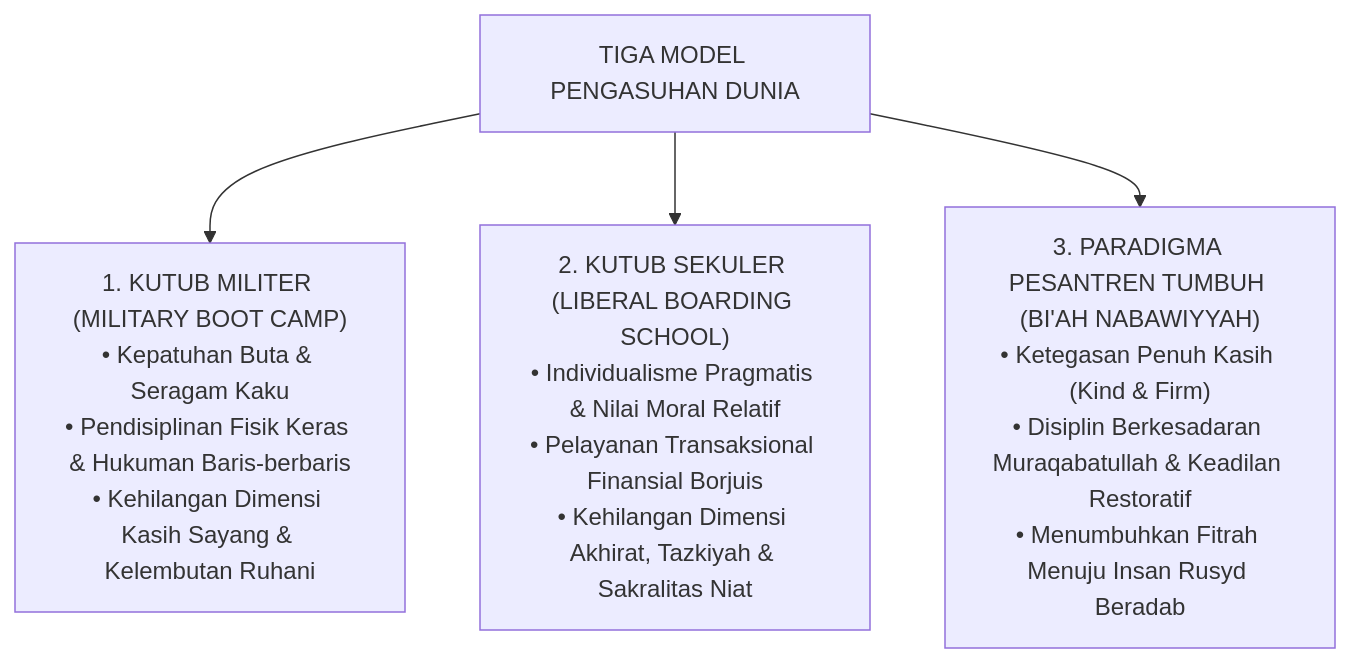
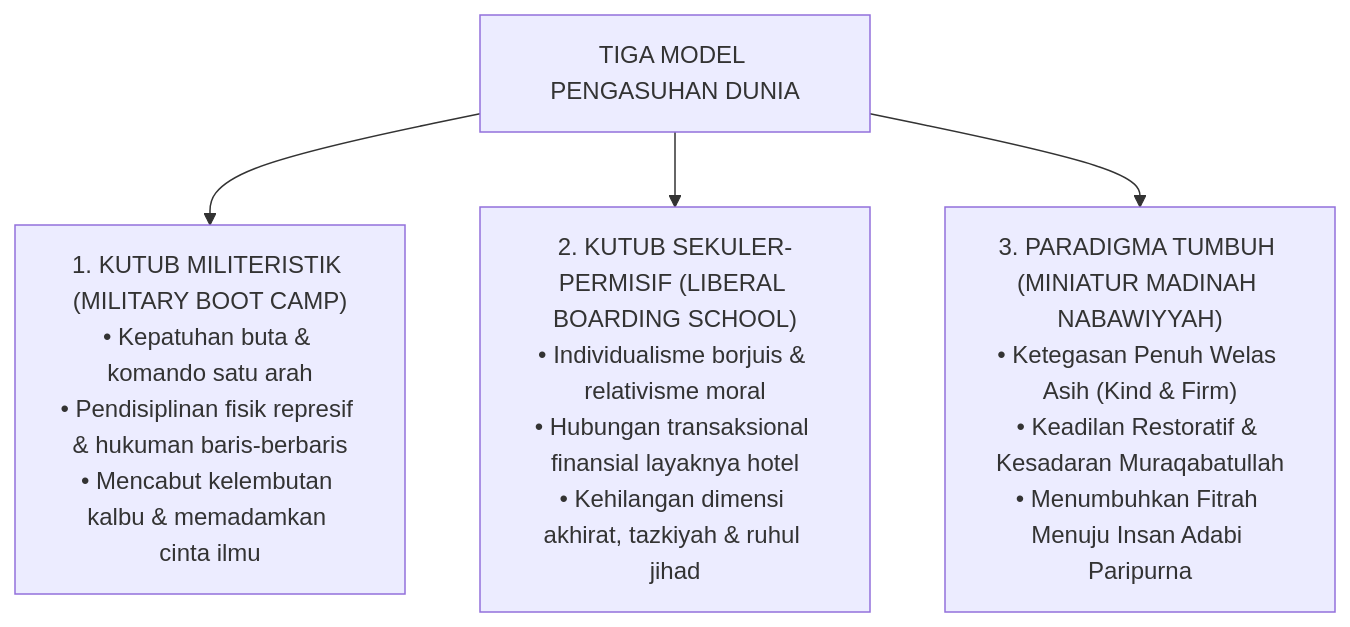
One commit to wandiapriliyandi/tumbuh changed the fourth of 4 diagrams in BOOK Series 1/01-The-Fundamental-of-TUMBUH/BAGIAN-III/Bab-06-Falsafah-Tarbiyah-Tadib-dan-Ekosistem-Keteladanan.md. Above: the diagram before and after it, drawn with Mermaid. The commit also changed other lines of this file and 4 other files, not shown here.

````diff
--- a/BOOK Series 1/01-The-Fundamental-of-TUMBUH/BAGIAN-III/Bab-06-Falsafah-Tarbiyah-Tadib-dan-Ekosistem-Keteladanan.md
+++ b/BOOK Series 1/01-The-Fundamental-of-TUMBUH/BAGIAN-III/Bab-06-Falsafah-Tarbiyah-Tadib-dan-Ekosistem-Keteladanan.md
@@ -215,10 +296,10 @@
 ```mermaid
 graph TD
     M["TIGA MODEL PENGASUHAN DUNIA"]
     
-    M --> M1["1. KUTUB MILITER (MILITARY BOOT CAMP)<br/>• Kepatuhan Buta & Seragam Kaku<br/>• Pendisiplinan Fisik Keras & Hukuman Baris-berbaris<br/>• Kehilangan Dimensi Kasih Sayang & Kelembutan Ruhani"]
+    M --> M1["1. KUTUB MILITERISTIK (MILITARY BOOT CAMP)<br/>• Kepatuhan buta & komando satu arah<br/>• Pendisiplinan fisik represif & hukuman baris-berbaris<br/>• Mencabut kelembutan kalbu & memadamkan cinta ilmu"]
     
-    M --> M2["2. KUTUB SEKULER (LIBERAL BOARDING SCHOOL)<br/>• Individualisme Pragmatis & Nilai Moral Relatif<br/>• Pelayanan Transaksional Finansial Borjuis<br/>• Kehilangan Dimensi Akhirat, Tazkiyah & Sakralitas Niat"]
+    M --> M2["2. KUTUB SEKULER-PERMISIF (LIBERAL BOARDING SCHOOL)<br/>• Individualisme borjuis & relativisme moral<br/>• Hubungan transaksional finansial layaknya hotel<br/>• Kehilangan dimensi akhirat, tazkiyah & ruhul jihad"]
     
-    M --> M3["3. PARADIGMA PESANTREN TUMBUH (BI'AH NABAWIYYAH)<br/>• Ketegasan Penuh Kasih (Kind & Firm)<br/>• Disiplin Berkesadaran Muraqabatullah & Keadilan Restoratif<br/>• Menumbuhkan Fitrah Menuju Insan Rusyd Beradab"]
+    M --> M3["3. PARADIGMA TUMBUH (MINIATUR MADINAH NABAWIYYAH)<br/>• Ketegasan Penuh Welas Asih (Kind & Firm)<br/>• Keadilan Restoratif & Kesadaran Muraqabatullah<br/>• Menumbuhkan Fitrah Menuju Insan Adabi Paripurna"]
 ```
````
